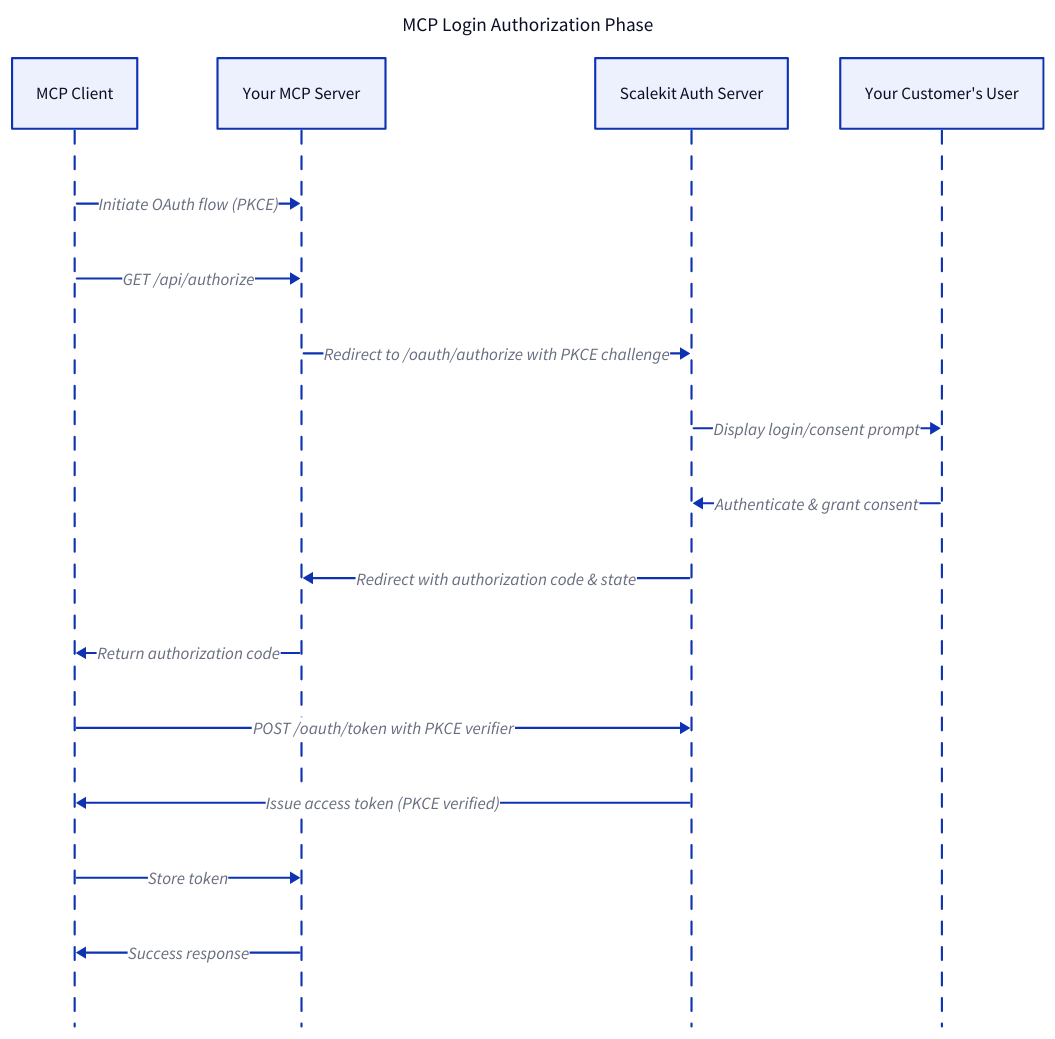
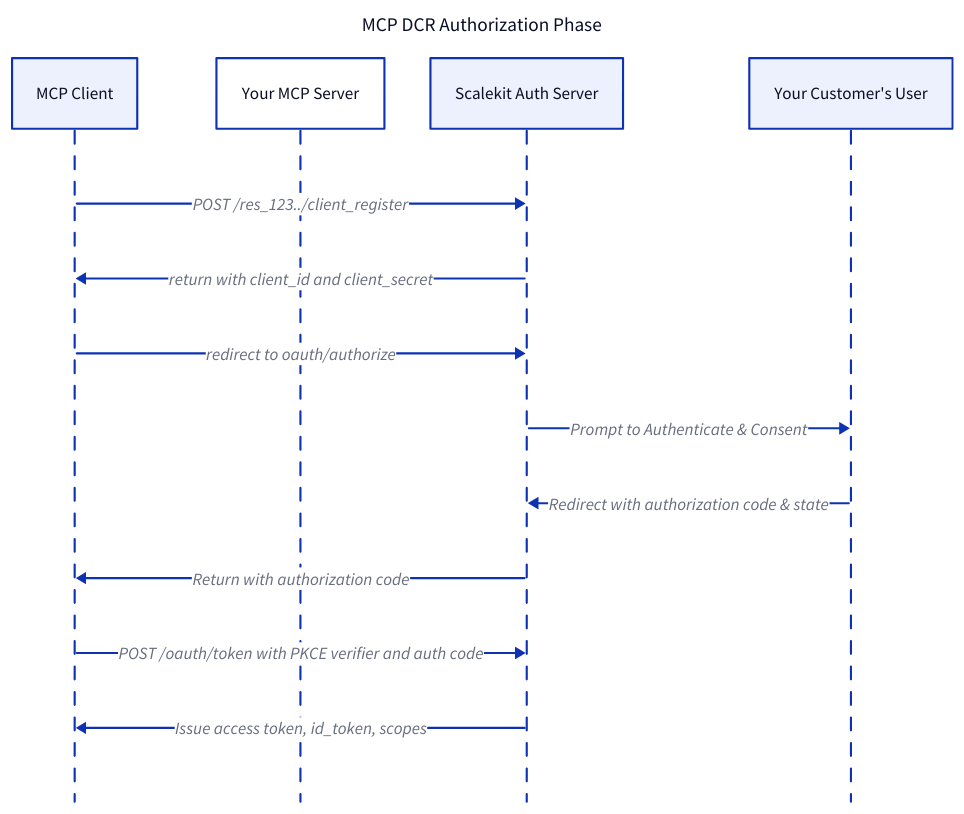
Before and after one commit to scalekit-inc/developer-docs: the second of 4 diagrams in src/content/docs/authenticate/mcp/overview.mdx, drawn with D2. The commit also changed other lines of this file and 7 other files, not shown here.

Commit message:
Updated the Diagrams with accurate terminology, amended BYOA overview with correct info and added diagram in Enterprise SSO Flow

````diff
--- a/src/content/docs/authenticate/mcp/overview.mdx
+++ b/src/content/docs/authenticate/mcp/overview.mdx
@@ -159,21 +163,23 @@
 ```d2 pad=36
-title: "MCP Login Authorization Phase" {
+title: "MCP DCR Authorization Phase" {
   near: top-center
   shape: text
   style.font-size: 18
 }
 
 shape: sequence_diagram
 
-MCP Client -> Your MCP Server: Initiate OAuth flow (PKCE)
-MCP Client -> Your MCP Server: GET /api/authorize
-Your MCP Server -> Scalekit Auth Server: Redirect to /oauth/authorize with PKCE challenge
-Scalekit Auth Server -> Your Customer's User: Display login/consent prompt
-Your Customer's User -> Scalekit Auth Server: Authenticate & grant consent
-Scalekit Auth Server -> Your MCP Server: Redirect with authorization code & state
-Your MCP Server -> MCP Client: Return authorization code
-MCP Client -> Scalekit Auth Server: POST /oauth/token with PKCE verifier
-Scalekit Auth Server -> MCP Client: Issue access token (PKCE verified)
-MCP Client -> Your MCP Server: Store token
-Your MCP Server -> MCP Client: Success response
+MCP Client
+Your MCP Server
+Scalekit Auth Server
+Your Customer's User
+
+MCP Client -> Scalekit Auth Server: POST /res_123../client_register
+Scalekit Auth Server -> MCP Client: return with client_id and client_secret
+MCP Client -> Scalekit Auth Server: redirect to oauth/authorize
+Scalekit Auth Server -> Your Customer's User: Prompt to Authenticate & Consent
+Your Customer's User -> Scalekit Auth Server: Redirect with authorization code & state
+Scalekit Auth Server -> MCP Client: Return with authorization code
+MCP Client -> Scalekit Auth Server: POST /oauth/token with PKCE verifier and auth code
+Scalekit Auth Server -> MCP Client: Issue access token, id_token, scopes 
 ```
````
